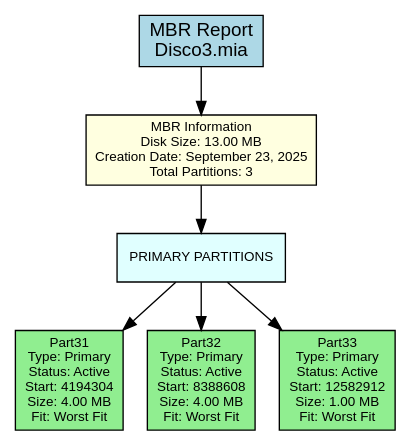
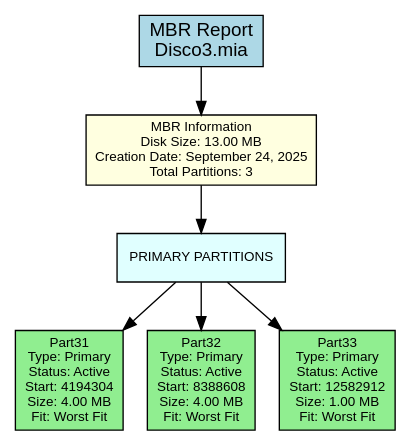
Before and after one commit to DiegVas/MIA_2S2025_P2_202300638: the diagram in backend/provider/reports/src/mbr_382B.dot, drawn with Graphviz. The commit also changed 17 other files, not shown here.

```diff
--- a/backend/provider/reports/src/mbr_382B.dot
+++ b/backend/provider/reports/src/mbr_382B.dot
@@ -1,22 +1,22 @@
 digraph MBR_Report {
     rankdir=TB;
     node [shape=box, style=filled];
     graph [fontname="Arial", fontsize=12];
     node [fontname="Arial", fontsize=10];
     edge [fontname="Arial"];
 
     title [label="MBR Report\nDisco3.mia", fillcolor=lightblue, fontsize=14];
 
-    mbr_info [label="MBR Information\nDisk Size: 13.00 MB\nCreation Date: September 23, 2025\nTotal Partitions: 3", fillcolor=lightyellow];
+    mbr_info [label="MBR Information\nDisk Size: 13.00 MB\nCreation Date: September 24, 2025\nTotal Partitions: 3", fillcolor=lightyellow];
 
     primary_section [label="PRIMARY PARTITIONS", shape=box, style=filled, fillcolor=lightcyan];
     primary_0 [label="Part31\nType: Primary\nStatus: Active\nStart: 4194304\nSize: 4.00 MB\nFit: Worst Fit", fillcolor=lightgreen];
     primary_section -> primary_0;
     primary_1 [label="Part32\nType: Primary\nStatus: Active\nStart: 8388608\nSize: 4.00 MB\nFit: Worst Fit", fillcolor=lightgreen];
     primary_section -> primary_1;
     primary_2 [label="Part33\nType: Primary\nStatus: Active\nStart: 12582912\nSize: 1.00 MB\nFit: Worst Fit", fillcolor=lightgreen];
     primary_section -> primary_2;
 
     title -> mbr_info;
     mbr_info -> primary_section;
 }
```
